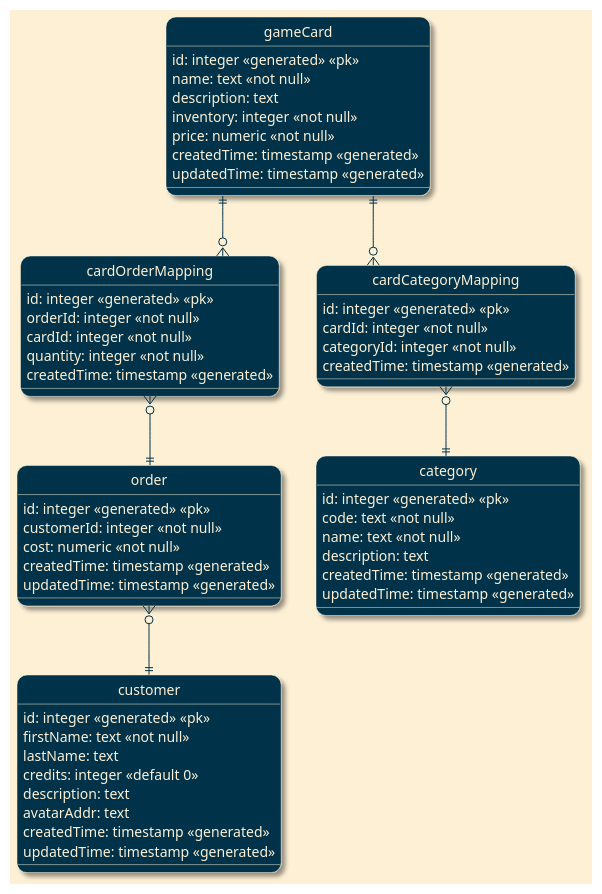
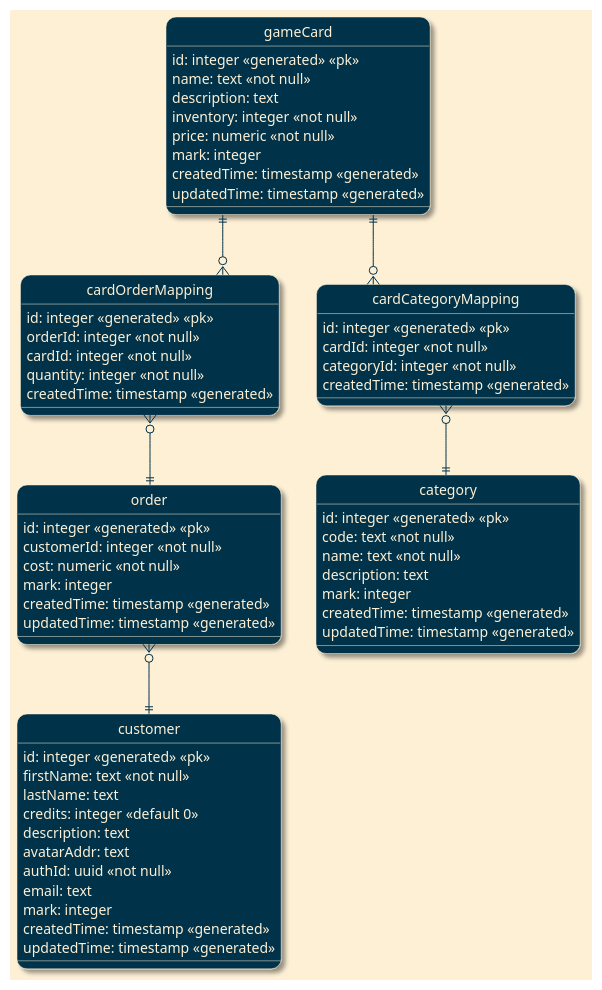
One commit to feolive/game-card-rental changed the diagram in entities.puml. Above: the diagram before and after it, drawn with PlantUML. The commit also changed 8 other files, not shown here.

```diff
--- a/entities.puml
+++ b/entities.puml
@@ -1,75 +1,81 @@
 @startuml game card rental entities
 hide circle
 skinparam linetype ortho
 skinparam backgroundColor #fdf0d5
 skinparam roundcorner 20
 skinparam shadowing true
 skinparam class {
     backgroundColor #003049
     arrowColor #003049
     borderColor #fdf0d5
     fontColor #fdf0d5
     attributeFontColor #fdf0d5
 }
 
 entity customer {
     id: integer <<generated>> <<pk>>
     firstName: text <<not null>>
     lastName: text
     credits: integer <<default 0>>
     description: text
     avatarAddr: text
+    authId: uuid <<not null>>
+    email: text
+    mark: integer
     createdTime: timestamp <<generated>>
     updatedTime: timestamp <<generated>>
 }
 
 entity gameCard {
     id: integer <<generated>> <<pk>>
     name: text <<not null>>
     description: text
     inventory: integer <<not null>>
     price: numeric <<not null>>
+    mark: integer
     createdTime: timestamp <<generated>>
     updatedTime: timestamp <<generated>>
 }
 
 entity order {
     id: integer <<generated>> <<pk>>
     customerId: integer <<not null>>
     cost: numeric <<not null>>
+    mark: integer
     createdTime: timestamp <<generated>>
     updatedTime: timestamp <<generated>>
 }
 
 entity cardOrderMapping {
     id: integer <<generated>> <<pk>>
     orderId: integer <<not null>>
     cardId: integer <<not null>>
     quantity: integer <<not null>>
     createdTime: timestamp <<generated>>
 }
 
 entity cardCategoryMapping {
     id: integer <<generated>> <<pk>>
     cardId: integer <<not null>>
     categoryId: integer <<not null>>
     createdTime: timestamp <<generated>>
 }
 
 entity category {
     id: integer <<generated>> <<pk>>
     code: text <<not null>>
     name: text <<not null>>
     description: text
+    mark: integer
     createdTime: timestamp <<generated>>
     updatedTime: timestamp <<generated>>
 }
 
 order }o--|| customer
 gameCard ||--o{ cardOrderMapping
 cardOrderMapping }o--|| order
 gameCard ||--o{ cardCategoryMapping
 cardCategoryMapping }o--|| category
 
 
 @enduml
```
